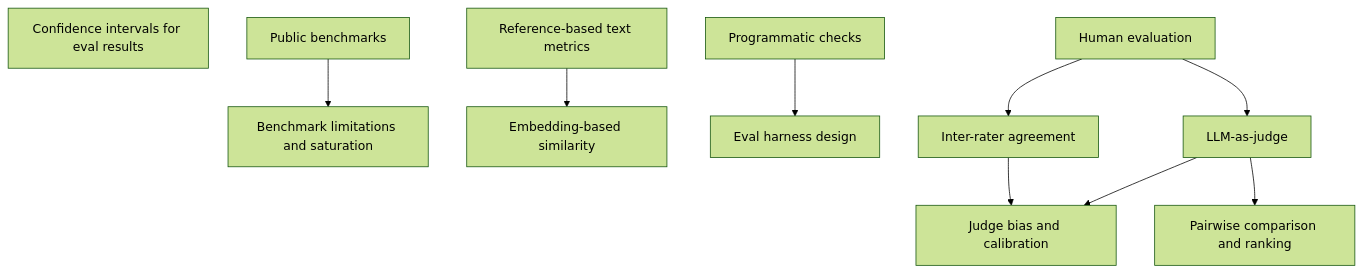
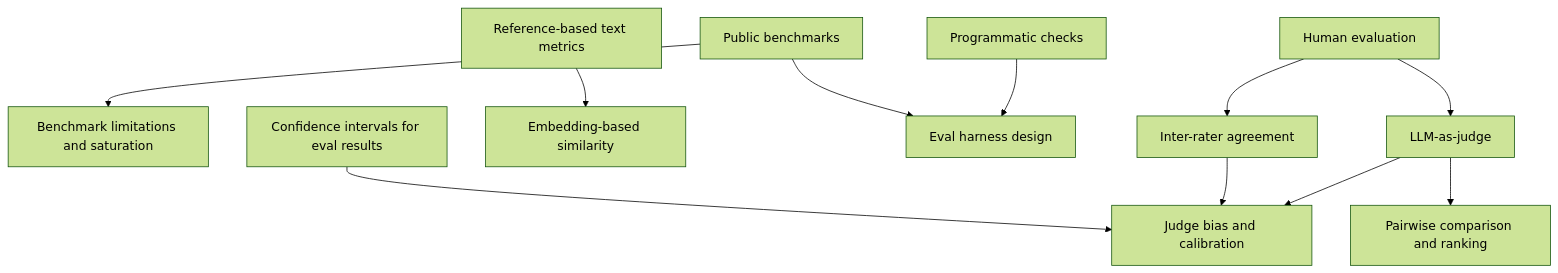
One commit to ksubramanian9/ai_evaluation changed the fourth of 8 diagrams in map/00-overview.md. Above: the diagram before and after it, drawn with Mermaid (forest theme). The commit also changed other lines of this file and 83 other files, not shown here.

````diff
--- a/map/00-overview.md
+++ b/map/00-overview.md
@@ -120,23 +120,25 @@
 ```mermaid
 flowchart TD
   n_benchmark_limitations["Benchmark limitations and saturation"]
   n_confidence_intervals_for_evals["Confidence intervals for eval results"]
   n_embedding_similarity_metrics["Embedding-based similarity"]
   n_eval_harness_design["Eval harness design"]
   n_human_evaluation["Human evaluation"]
   n_inter_rater_agreement["Inter-rater agreement"]
   n_judge_bias_and_calibration["Judge bias and calibration"]
   n_llm_as_judge["LLM-as-judge"]
   n_pairwise_comparison_and_ranking["Pairwise comparison and ranking"]
   n_programmatic_checks["Programmatic checks"]
   n_public_benchmarks["Public benchmarks"]
   n_reference_based_metrics["Reference-based text metrics"]
   n_public_benchmarks --> n_benchmark_limitations
   n_reference_based_metrics --> n_embedding_similarity_metrics
   n_programmatic_checks --> n_eval_harness_design
+  n_public_benchmarks --> n_eval_harness_design
   n_human_evaluation --> n_inter_rater_agreement
   n_llm_as_judge --> n_judge_bias_and_calibration
   n_inter_rater_agreement --> n_judge_bias_and_calibration
+  n_confidence_intervals_for_evals --> n_judge_bias_and_calibration
   n_human_evaluation --> n_llm_as_judge
   n_llm_as_judge --> n_pairwise_comparison_and_ranking
 ```
````
